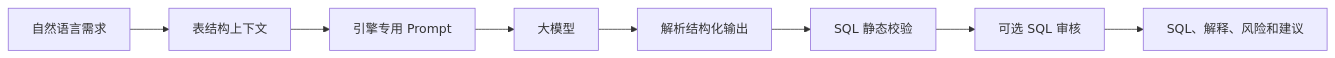
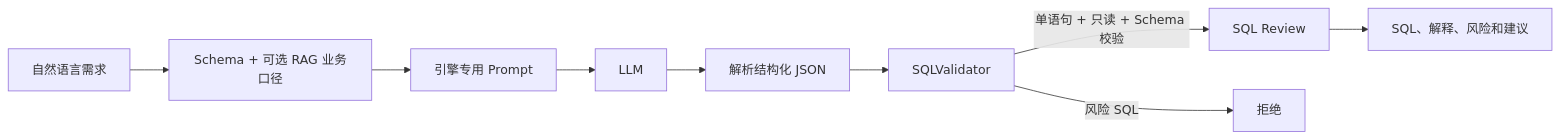
One commit to plutoczm/DataCopilot changed the sixth of 7 diagrams in docs/ARCHITECTURE.md. Above: the diagram before and after it, drawn with Mermaid. The commit also changed other lines of this file, not shown here.

Commit message:
docs: align architecture with ai application refactor

````diff
--- a/docs/ARCHITECTURE.md
+++ b/docs/ARCHITECTURE.md
@@ -144,10 +144,11 @@
 ```mermaid
 flowchart LR
-    NL[自然语言需求] --> Schema[表结构上下文]
-    Schema --> Prompt[引擎专用 Prompt]
-    Prompt --> LLM[大模型]
-    LLM --> Parse[解析结构化输出]
-    Parse --> Validate[SQL 静态校验]
-    Validate --> Review[可选 SQL 审核]
+    NL[自然语言需求] --> Context[Schema + 可选 RAG 业务口径]
+    Context --> Prompt[引擎专用 Prompt]
+    Prompt --> LLM[LLM]
+    LLM --> Parse[解析结构化 JSON]
+    Parse --> Guard[SQLValidator]
+    Guard -->|单语句 + 只读 + Schema 校验| Review[SQL Review]
+    Guard -->|风险 SQL| Reject[拒绝]
     Review --> Result[SQL、解释、风险和建议]
 ```
````
